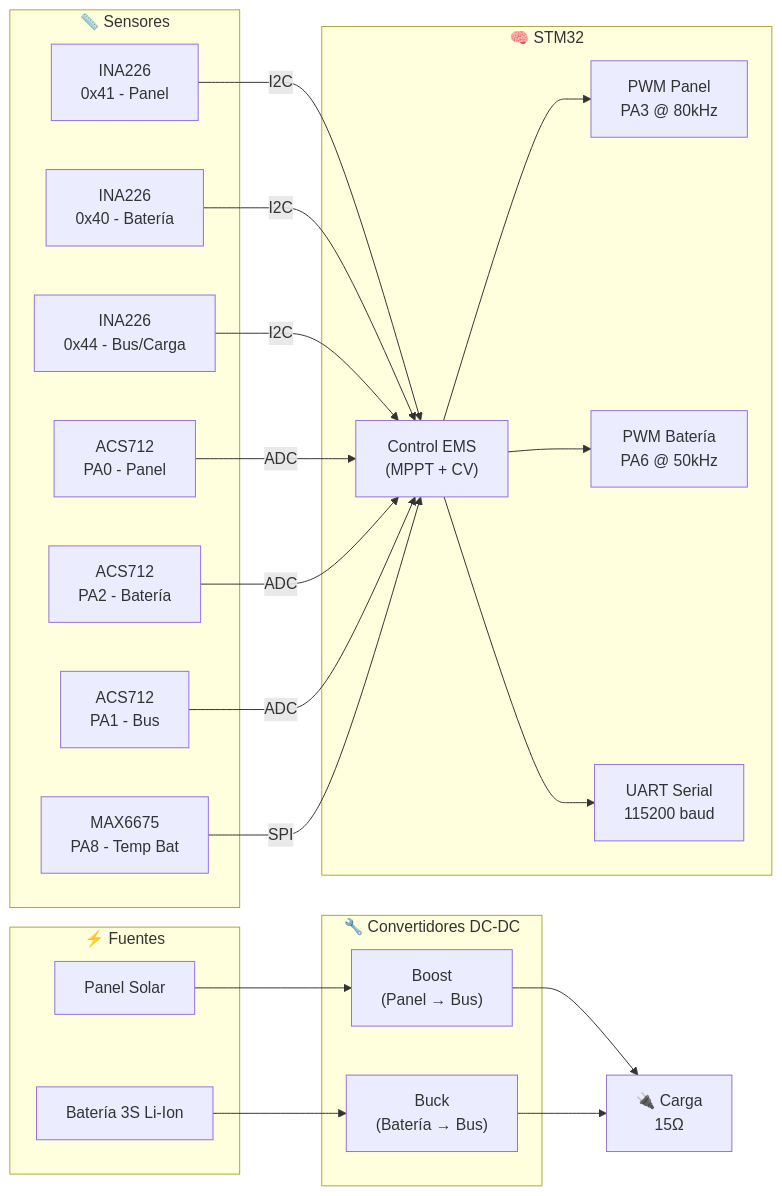
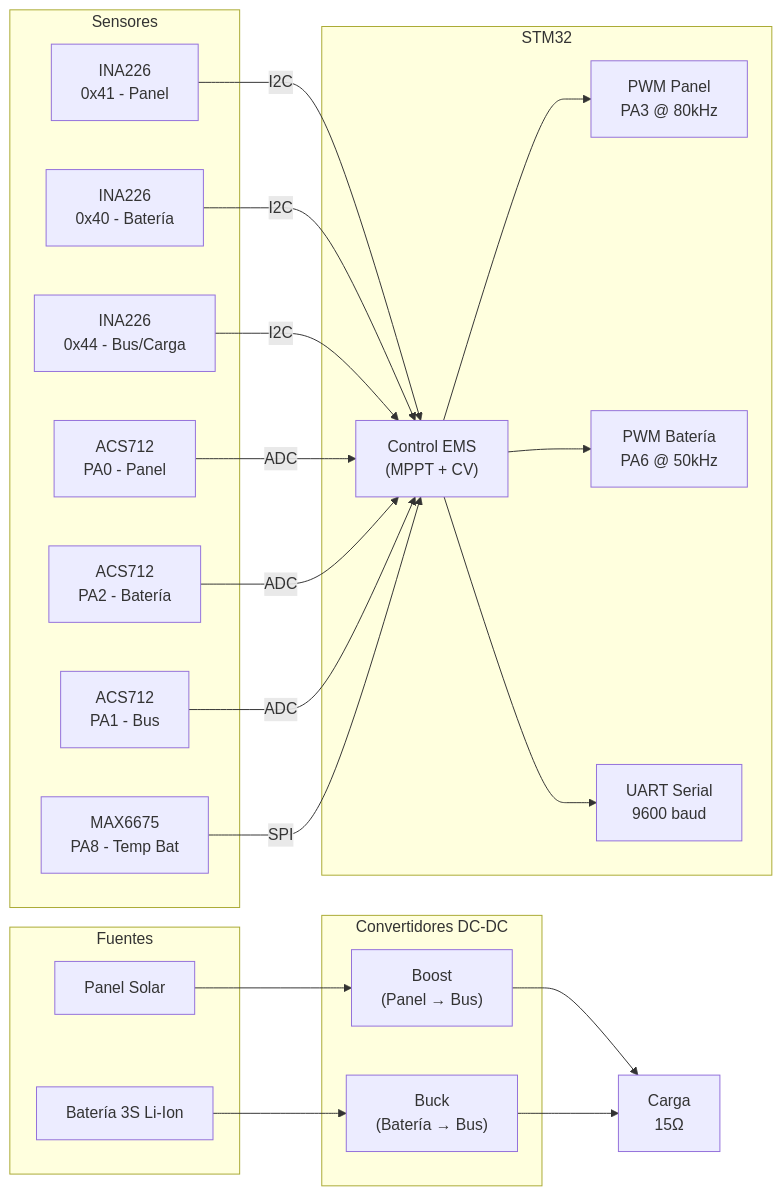
The first of 2 diagrams in docs/docs/firmware/descripcion-general.md (TobiasLozano/ems-visualization), drawn with Mermaid before and after one commit. The commit also changed other lines of this file and 90 other files, not shown here.

````diff
--- a/docs/docs/firmware/descripcion-general.md
+++ b/docs/docs/firmware/descripcion-general.md
@@ -20,48 +20,48 @@
 ```mermaid
 graph LR
-    subgraph POWER["⚡ Fuentes"]
+    subgraph POWER["Fuentes"]
         PANEL["Panel Solar"]
         BAT["Batería 3S Li-Ion"]
     end
 
-    subgraph CONVERTERS["🔧 Convertidores DC-DC"]
+    subgraph CONVERTERS["Convertidores DC-DC"]
         BOOST["Boost<br/>(Panel → Bus)"]
         BUCK["Buck<br/>(Batería → Bus)"]
     end
 
-    subgraph SENSORS["📏 Sensores"]
+    subgraph SENSORS["Sensores"]
         INA_P["INA226<br/>0x41 - Panel"]
         INA_B["INA226<br/>0x40 - Batería"]
         INA_L["INA226<br/>0x44 - Bus/Carga"]
         ACS_P["ACS712<br/>PA0 - Panel"]
         ACS_B["ACS712<br/>PA2 - Batería"]
         ACS_L["ACS712<br/>PA1 - Bus"]
         MAX["MAX6675<br/>PA8 - Temp Bat"]
     end
 
-    subgraph MCU["🧠 STM32"]
+    subgraph MCU["STM32"]
         CTRL["Control EMS<br/>(MPPT + CV)"]
         PWM_P["PWM Panel<br/>PA3 @ 80kHz"]
         PWM_B["PWM Batería<br/>PA6 @ 50kHz"]
-        UART["UART Serial<br/>115200 baud"]
+        UART["UART Serial<br/>9600 baud"]
     end
 
-    LOAD["🔌 Carga<br/>15Ω"]
+    LOAD["Carga<br/>15Ω"]
 
     PANEL --> BOOST
     BAT --> BUCK
     BOOST --> LOAD
     BUCK --> LOAD
 
     INA_P -->|I2C| CTRL
     INA_B -->|I2C| CTRL
     INA_L -->|I2C| CTRL
     ACS_P -->|ADC| CTRL
     ACS_B -->|ADC| CTRL
     ACS_L -->|ADC| CTRL
     MAX -->|SPI| CTRL
 
     CTRL --> PWM_P
     CTRL --> PWM_B
     CTRL --> UART
 ```
````
